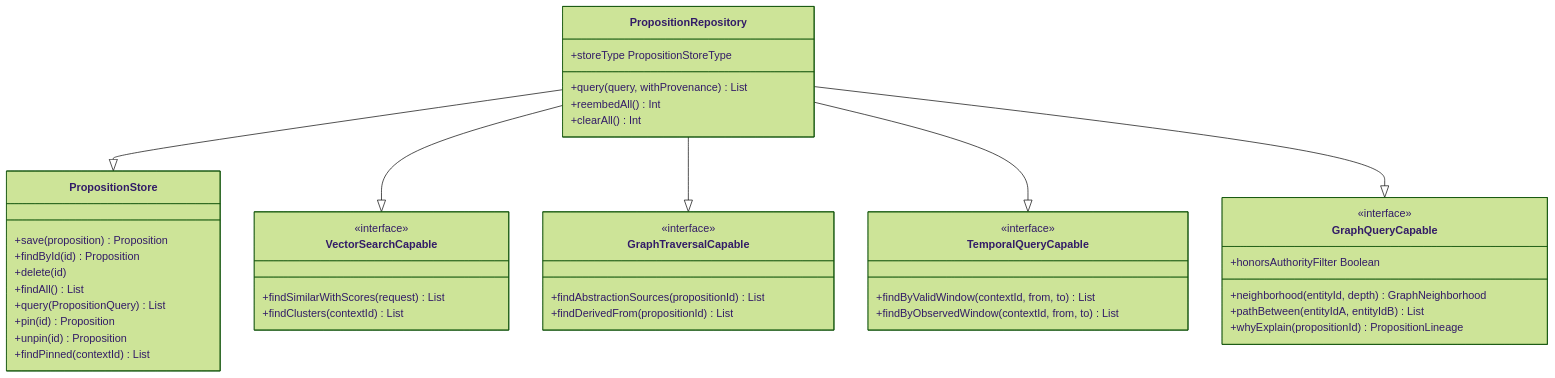
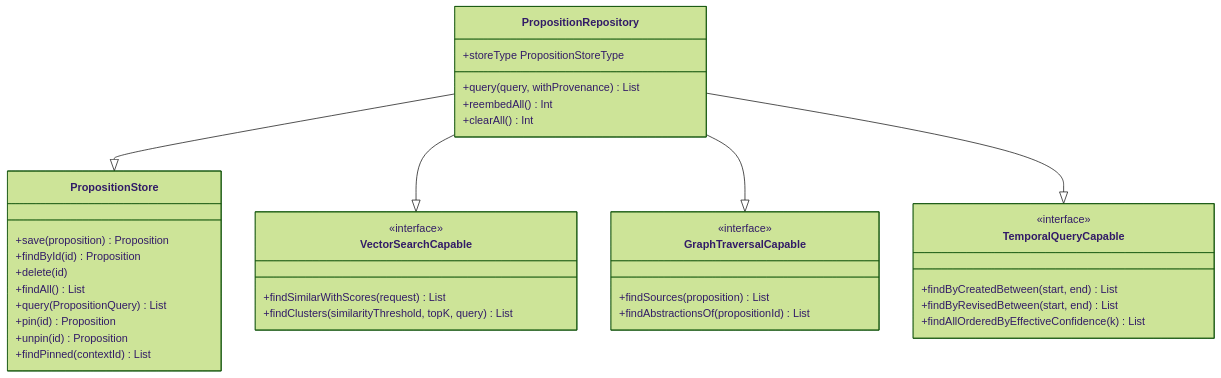
One commit to embabel/dice changed the first of 5 diagrams in docs/design/durable-storage.md. Above: the diagram before and after it, drawn with Mermaid (forest theme). The commit also changed other lines of this file and 19 other files, not shown here.

````diff
--- a/docs/design/durable-storage.md
+++ b/docs/design/durable-storage.md
@@ -16,46 +16,39 @@
 ```mermaid
 classDiagram
     class PropositionStore {
         +save(proposition) Proposition
         +findById(id) Proposition
         +delete(id)
         +findAll() List
         +query(PropositionQuery) List
         +pin(id) Proposition
         +unpin(id) Proposition
         +findPinned(contextId) List
     }
     class PropositionRepository {
         +storeType PropositionStoreType
         +query(query, withProvenance) List
         +reembedAll() Int
         +clearAll() Int
     }
     class VectorSearchCapable {
         <<interface>>
         +findSimilarWithScores(request) List
-        +findClusters(contextId) List
+        +findClusters(similarityThreshold, topK, query) List
     }
     class GraphTraversalCapable {
         <<interface>>
-        +findAbstractionSources(propositionId) List
-        +findDerivedFrom(propositionId) List
+        +findSources(proposition) List
+        +findAbstractionsOf(propositionId) List
     }
     class TemporalQueryCapable {
         <<interface>>
-        +findByValidWindow(contextId, from, to) List
-        +findByObservedWindow(contextId, from, to) List
-    }
-    class GraphQueryCapable {
-        <<interface>>
-        +honorsAuthorityFilter Boolean
-        +neighborhood(entityId, depth) GraphNeighborhood
-        +pathBetween(entityIdA, entityIdB) List
-        +whyExplain(propositionId) PropositionLineage
+        +findByCreatedBetween(start, end) List
+        +findByRevisedBetween(start, end) List
+        +findAllOrderedByEffectiveConfidence(k) List
     }
     PropositionRepository --|> PropositionStore
     PropositionRepository --|> VectorSearchCapable
     PropositionRepository --|> GraphTraversalCapable
     PropositionRepository --|> TemporalQueryCapable
-    PropositionRepository --|> GraphQueryCapable
 ```
````
